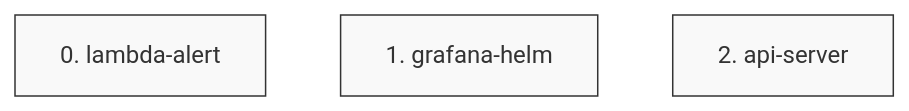
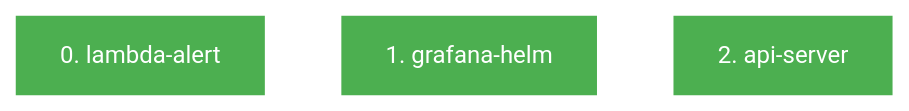
The diagram in phases/4-serving/DAG.md (masondev1024/robot-data-pipeline), drawn with Mermaid before and after one commit. The commit also changed 2 other files, not shown here.

Commit message:
chore(4-serving): mark phase completed

````diff
--- a/phases/4-serving/DAG.md
+++ b/phases/4-serving/DAG.md
@@ -3,13 +3,13 @@
 ```mermaid
 graph TD
   classDef completed fill:#4CAF50,stroke:#fff,color:#fff;
   classDef pending fill:#f9f9f9,stroke:#333;
   classDef error fill:#f44336,stroke:#fff,color:#fff;
   classDef blocked fill:#FF9800,stroke:#fff,color:#fff;
   S0["0. lambda-alert"]
-  class S0 pending;
+  class S0 completed;
   S1["1. grafana-helm"]
-  class S1 pending;
+  class S1 completed;
   S2["2. api-server"]
-  class S2 pending;
+  class S2 completed;
 ```
````
